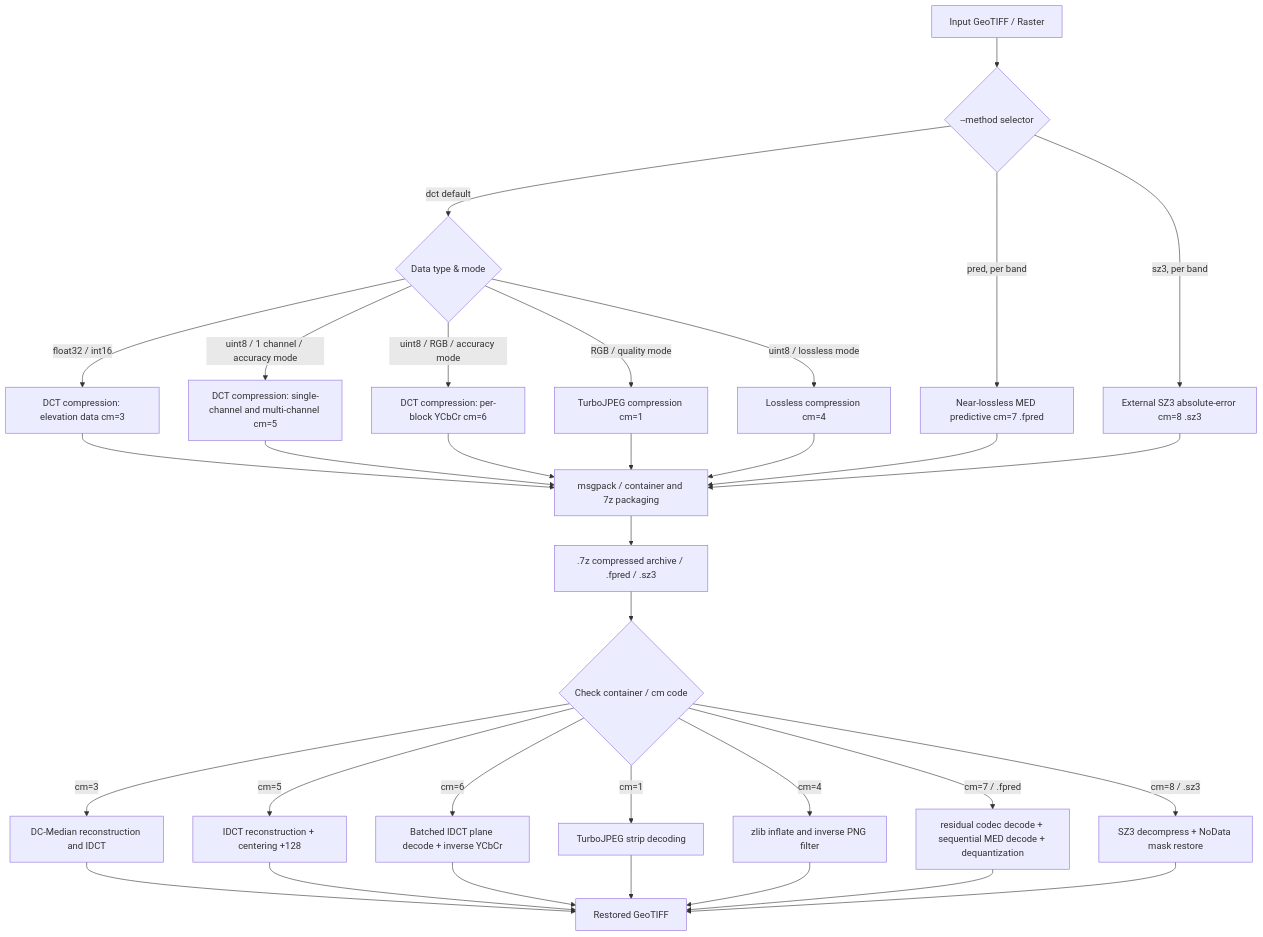
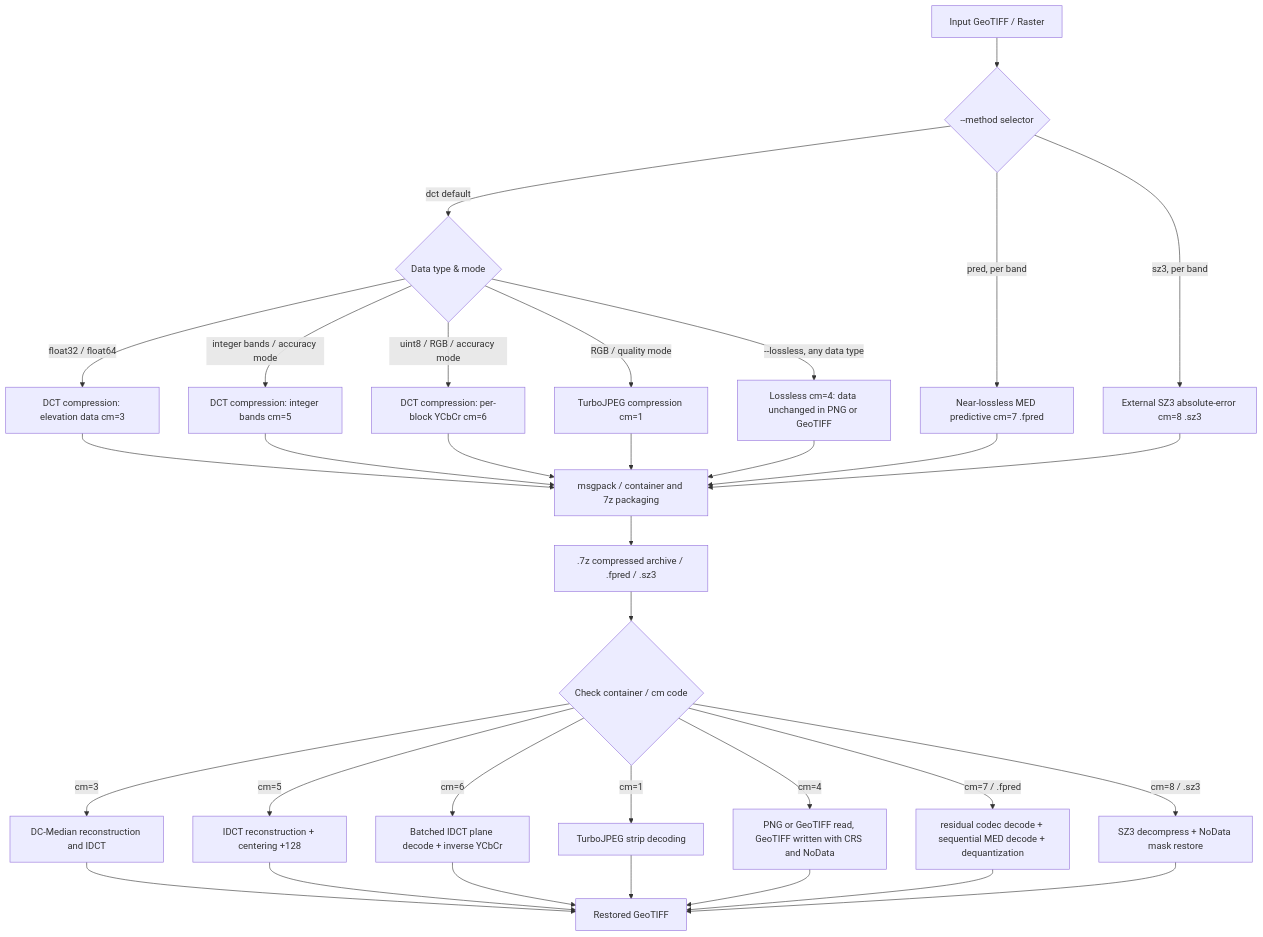
One commit to ZSIP/FIDWaC changed the first of 10 diagrams in README_EN.md. Above: the diagram before and after it, drawn with Mermaid. The commit also changed other lines of this file and 8 other files, not shown here.

````diff
--- a/README_EN.md
+++ b/README_EN.md
@@ -542,41 +549,41 @@
 ```mermaid
 graph TD
 Geo[Input GeoTIFF / Raster] --> Method{--method selector}
 
 Method -->|dct default| Route{Data type & mode}
 Method -->|pred, per band| cm7[Near-lossless MED predictive cm=7 .fpred]
 Method -->|sz3, per band| cm8[External SZ3 absolute-error cm=8 .sz3]
-Route -->|float32 / int16| cm3[DCT compression: elevation data cm=3]
-Route -->|uint8 / 1 channel / accuracy mode| cm5[DCT compression: single-channel and multi-channel cm=5]
+Route -->|float32 / float64| cm3[DCT compression: elevation data cm=3]
+Route -->|integer bands / accuracy mode| cm5[DCT compression: integer bands cm=5]
 Route -->|uint8 / RGB / accuracy mode| cm6[DCT compression: per-block YCbCr cm=6]
 Route -->|RGB / quality mode| cm1[TurboJPEG compression cm=1]
-Route -->|uint8 / lossless mode| cm4[Lossless compression cm=4]
+Route -->|--lossless, any data type| cm4[Lossless cm=4: data unchanged in PNG or GeoTIFF]
 
 cm3 --> Pack[msgpack / container and 7z packaging]
 cm5 --> Pack
 cm6 --> Pack
 cm1 --> Pack
 cm4 --> Pack
 cm7 --> Pack
 cm8 --> Pack
 
 Pack --> Arch[.7z compressed archive / .fpred / .sz3]
 
 Arch --> Unpack{Check container / cm code}
 
 Unpack -->|cm=3| dec3[DC-Median reconstruction and IDCT]
 Unpack -->|cm=5| dec5[IDCT reconstruction + centering +128]
 Unpack -->|cm=6| dec6[Batched IDCT plane decode + inverse YCbCr]
 Unpack -->|cm=1| dec1[TurboJPEG strip decoding]
-Unpack -->|cm=4| dec4[zlib inflate and inverse PNG filter]
+Unpack -->|cm=4| dec4[PNG or GeoTIFF read, GeoTIFF written with CRS and NoData]
 Unpack -->|cm=7 / .fpred| dec7[residual codec decode + sequential MED decode + dequantization]
 Unpack -->|cm=8 / .sz3| dec8[SZ3 decompress + NoData mask restore]
 
 dec3 --> Out[Restored GeoTIFF]
 dec5 --> Out
 dec6 --> Out
 dec1 --> Out
 dec4 --> Out
 dec7 --> Out
 dec8 --> Out
 ```
````
